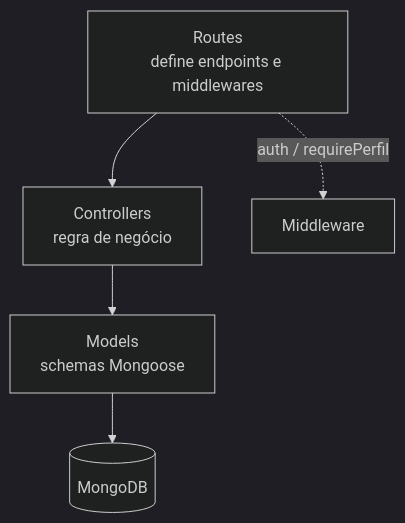
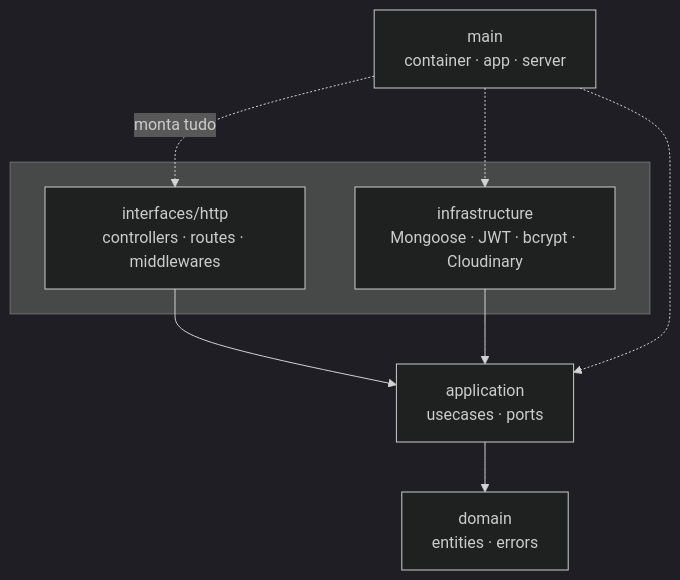
One commit to AndreBorges-Git/resolve-ai changed the second of 6 diagrams in docs/ARQUITETURA.md. Above: the diagram before and after it, drawn with Mermaid (dark theme). The commit also changed other lines of this file and 34 other files, not shown here.

````diff
--- a/docs/ARQUITETURA.md
+++ b/docs/ARQUITETURA.md
@@ -17,7 +36,17 @@
 ```mermaid
 flowchart TD
-    R["Routes<br/>define endpoints e middlewares"] --> C["Controllers<br/>regra de negócio"]
-    C --> MO["Models<br/>schemas Mongoose"]
-    MO --> DB[("MongoDB")]
-    R -.->|auth / requirePerfil| MW["Middleware"]
+    subgraph externo[" "]
+        H["interfaces/http<br/>controllers · routes · middlewares"]
+        I["infrastructure<br/>Mongoose · JWT · bcrypt · Cloudinary"]
+    end
+    APP["application<br/>usecases · ports"]
+    DOM["domain<br/>entities · errors"]
+    MAIN["main<br/>container · app · server"]
+
+    H --> APP
+    I --> APP
+    APP --> DOM
+    MAIN -.->|monta tudo| H
+    MAIN -.-> I
+    MAIN -.-> APP
 ```
````
